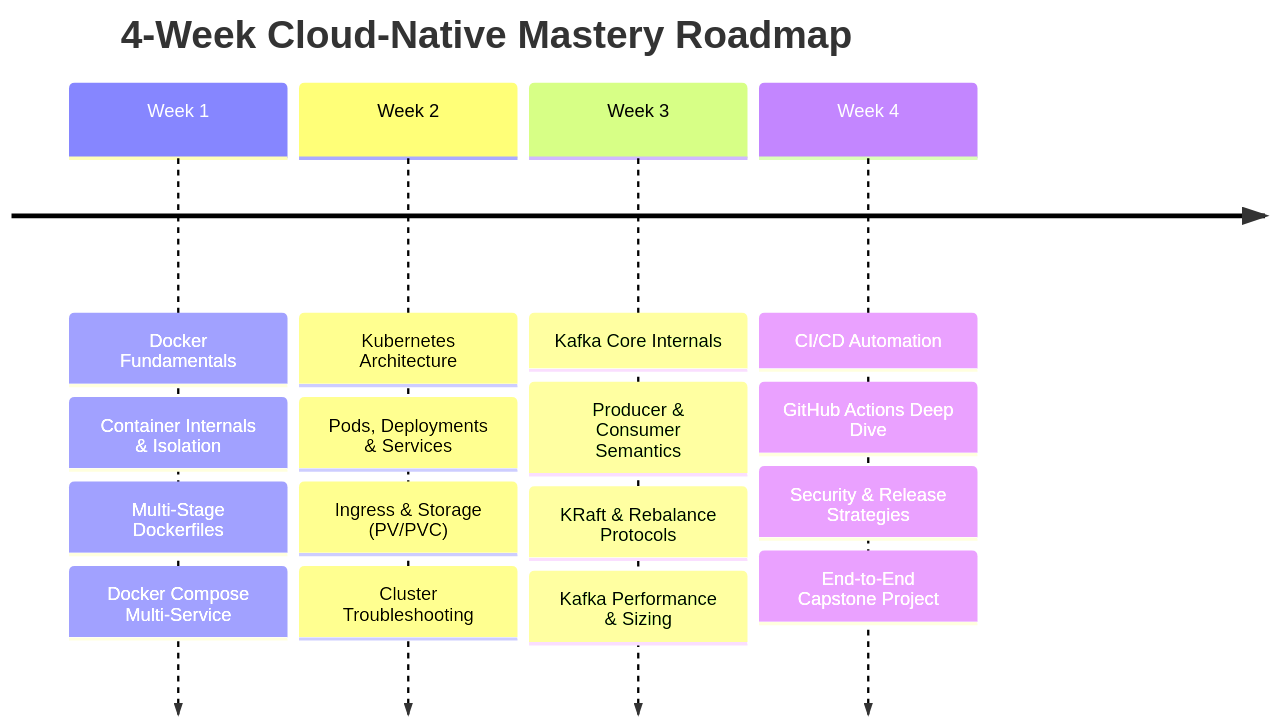
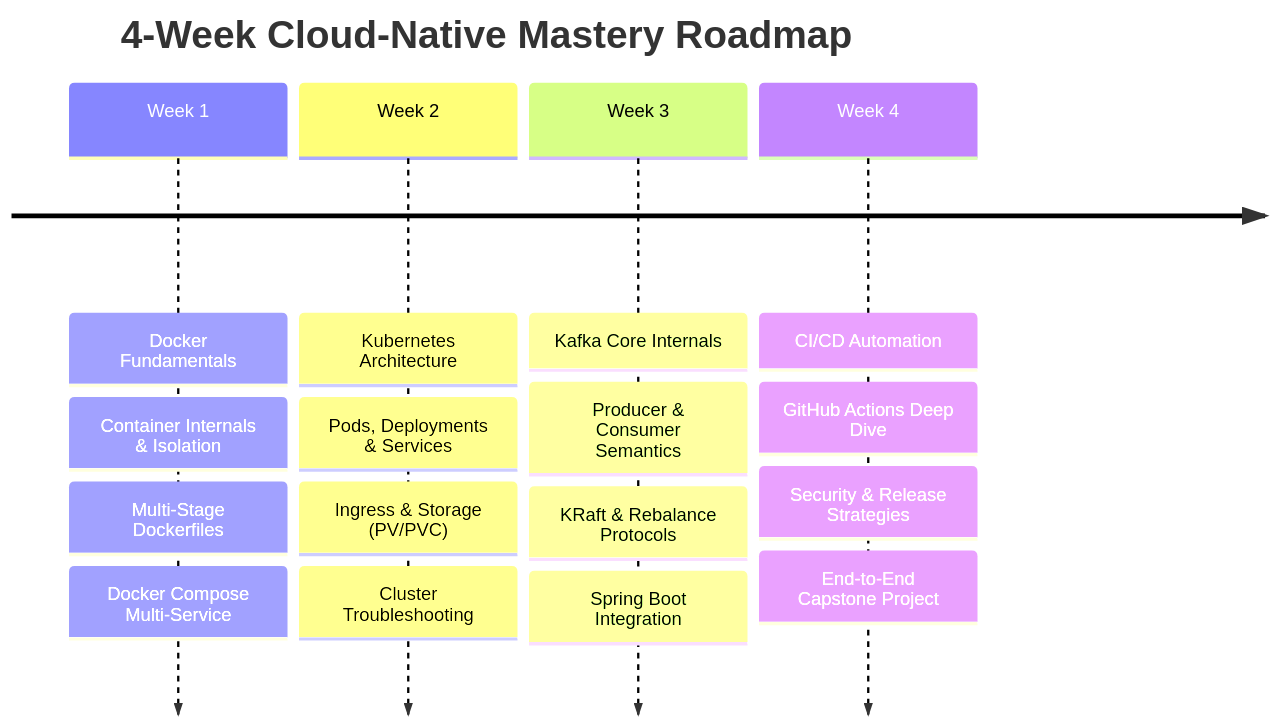
The third of 3 diagrams in README.md (PandeyKishan/Study-Notes), drawn with Mermaid before and after one commit. The commit also changed other lines of this file and 20 other files, not shown here.

````diff
--- a/README.md
+++ b/README.md
@@ -64,8 +99,8 @@
 ```mermaid
 timeline
     title 4-Week Cloud-Native Mastery Roadmap
     Week 1 : Docker Fundamentals : Container Internals & Isolation : Multi-Stage Dockerfiles : Docker Compose Multi-Service
     Week 2 : Kubernetes Architecture : Pods, Deployments & Services : Ingress & Storage (PV/PVC) : Cluster Troubleshooting
-    Week 3 : Kafka Core Internals : Producer & Consumer Semantics : KRaft & Rebalance Protocols : Kafka Performance & Sizing
+    Week 3 : Kafka Core Internals : Producer & Consumer Semantics : KRaft & Rebalance Protocols : Spring Boot Integration
     Week 4 : CI/CD Automation : GitHub Actions Deep Dive : Security & Release Strategies : End-to-End Capstone Project
 ```
````
